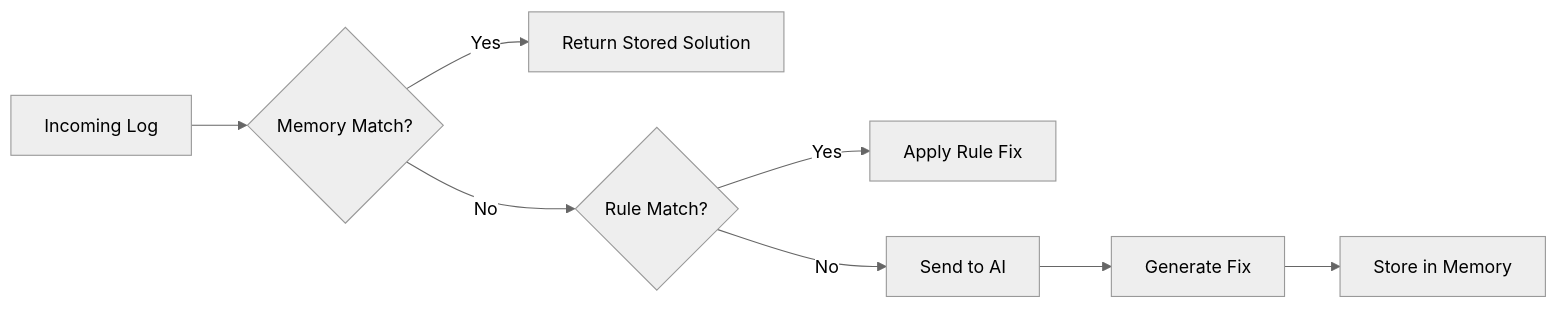
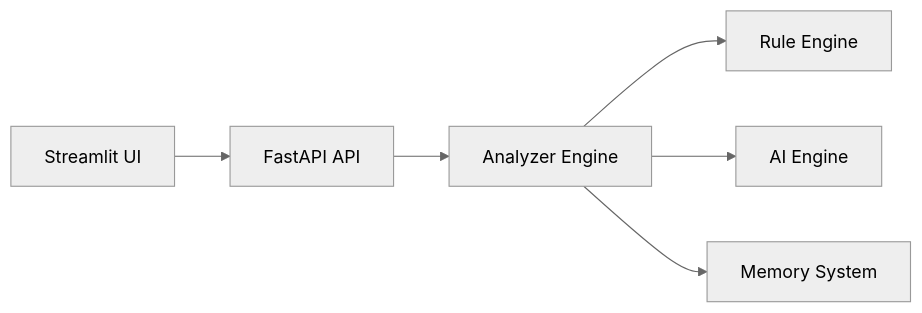
Before and after one commit to Gagan9075/H2H-404ERROR--AI-Powered-Jenkins-Pipeline-Analyzer-and-Self-Healing-DevOps-Agent: the second of 2 diagrams in README.md, drawn with Mermaid (neutral theme). The commit also changed other lines of this file and 3 other files, not shown here.

First line of the commit message:
feat: add dynamic README with table of contents and production architecture details

````diff
--- a/README.md
+++ b/README.md
@@ -105,10 +105,8 @@
 ```mermaid
 flowchart LR
-    A[Incoming Log] --> B{Memory Match?}
-    B -->|Yes| C[Return Stored Solution]
-    B -->|No| D{Rule Match?}
-    D -->|Yes| E[Apply Rule Fix]
-    D -->|No| F[Send to AI]
-    F --> G[Generate Fix]
-    G --> H[Store in Memory]
+    A[Streamlit UI] --> B[FastAPI API]
+    B --> C[Analyzer Engine]
+    C --> D[Rule Engine]
+    C --> E[AI Engine]
+    C --> F[Memory System]
 ```
````
